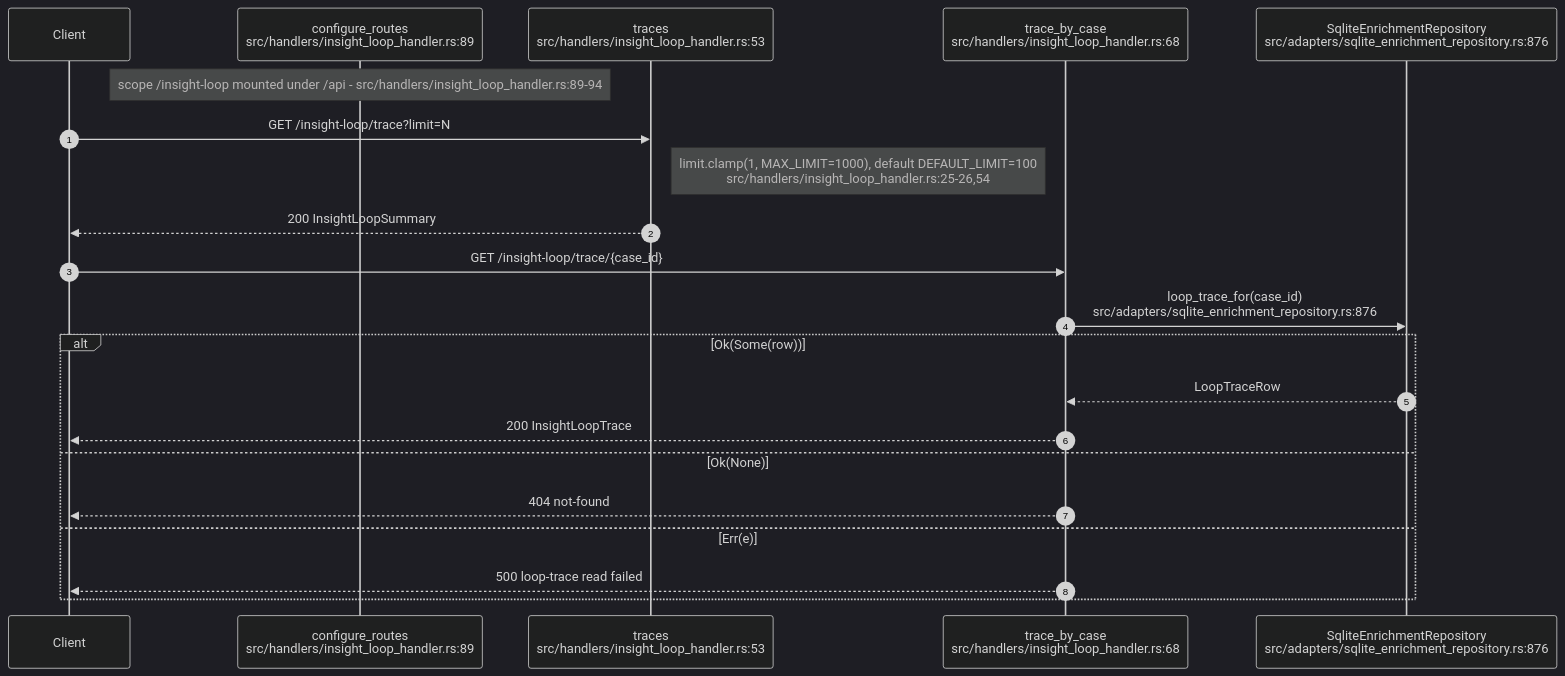
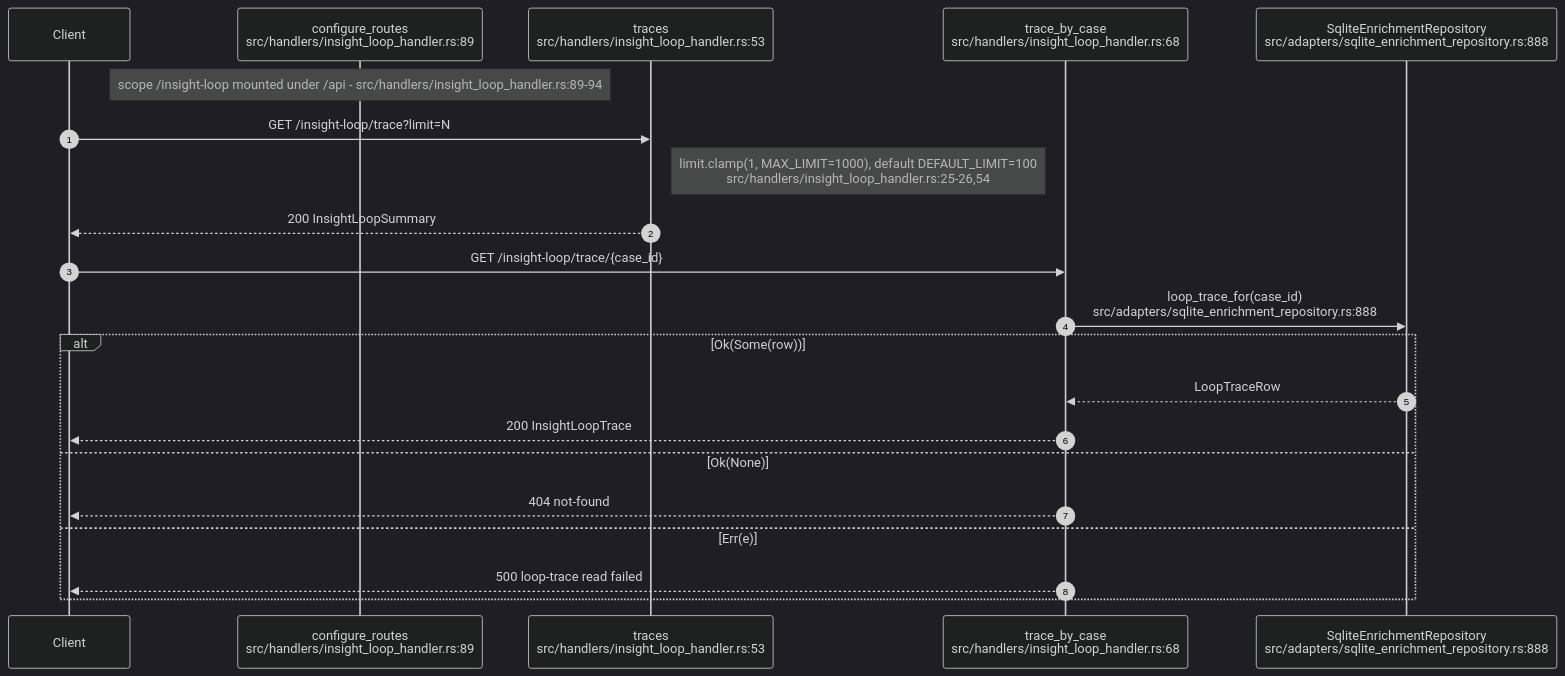
One commit to DreamLab-AI/VisionFlow changed the second of 11 diagrams in docs/diagrams/visionclaw/25-insight-kpi-nlq-semantics.md. Above: the diagram before and after it, drawn with Mermaid (dark theme). The commit also changed other lines of this file and 160 other files, not shown here.

````diff
--- a/docs/diagrams/visionclaw/25-insight-kpi-nlq-semantics.md
+++ b/docs/diagrams/visionclaw/25-insight-kpi-nlq-semantics.md
@@ -88,24 +92,24 @@
 ```mermaid
 sequenceDiagram
     autonumber
     participant C as Client
     participant Cfg as configure_routes<br/>src/handlers/insight_loop_handler.rs:89
     participant T as traces<br/>src/handlers/insight_loop_handler.rs:53
     participant TC as trace_by_case<br/>src/handlers/insight_loop_handler.rs:68
-    participant R as SqliteEnrichmentRepository<br/>src/adapters/sqlite_enrichment_repository.rs:876
+    participant R as SqliteEnrichmentRepository<br/>src/adapters/sqlite_enrichment_repository.rs:888
 
     Note over Cfg: scope /insight-loop mounted under /api - src/handlers/insight_loop_handler.rs:89-94
     C->>T: GET /insight-loop/trace?limit=N
     Note right of T: limit.clamp(1, MAX_LIMIT=1000), default DEFAULT_LIMIT=100<br/>src/handlers/insight_loop_handler.rs:25-26,54
     T-->>C: 200 InsightLoopSummary
     C->>TC: GET /insight-loop/trace/{case_id}
-    TC->>R: loop_trace_for(case_id)<br/>src/adapters/sqlite_enrichment_repository.rs:876
+    TC->>R: loop_trace_for(case_id)<br/>src/adapters/sqlite_enrichment_repository.rs:888
     alt Ok(Some(row))
         R-->>TC: LoopTraceRow
         TC-->>C: 200 InsightLoopTrace
     else Ok(None)
         TC-->>C: 404 not-found
     else Err(e)
         TC-->>C: 500 loop-trace read failed
     end
 ```
````
